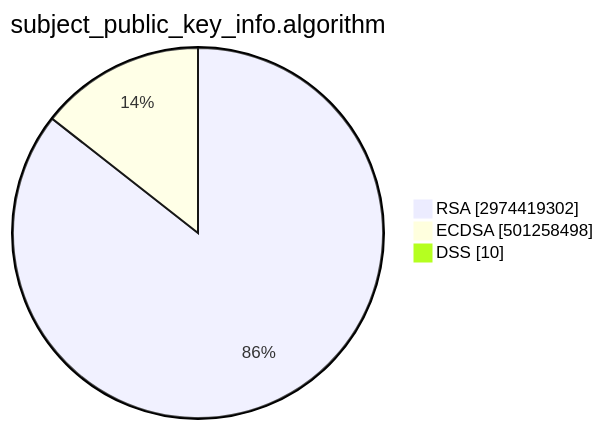
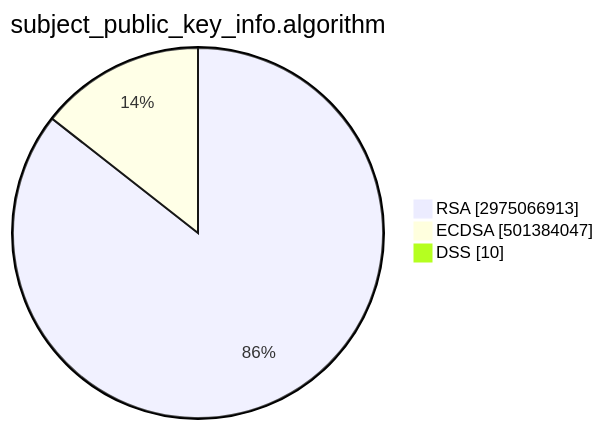
One commit to christiankrug/ctmonitor_visualization changed the second of 15 diagrams in TOTAL/README.md. Above: the diagram before and after it, drawn with Mermaid. The commit also changed other lines of this file, not shown here.

````diff
--- a/TOTAL/README.md
+++ b/TOTAL/README.md
@@ -6,7 +6,7 @@
 ```mermaid
 pie showData
 title subject_public_key_info.algorithm
-"RSA" :2974419302
-"ECDSA" :501258498
+"RSA" :2975066913
+"ECDSA" :501384047
 "DSS" :10
 ```
````
